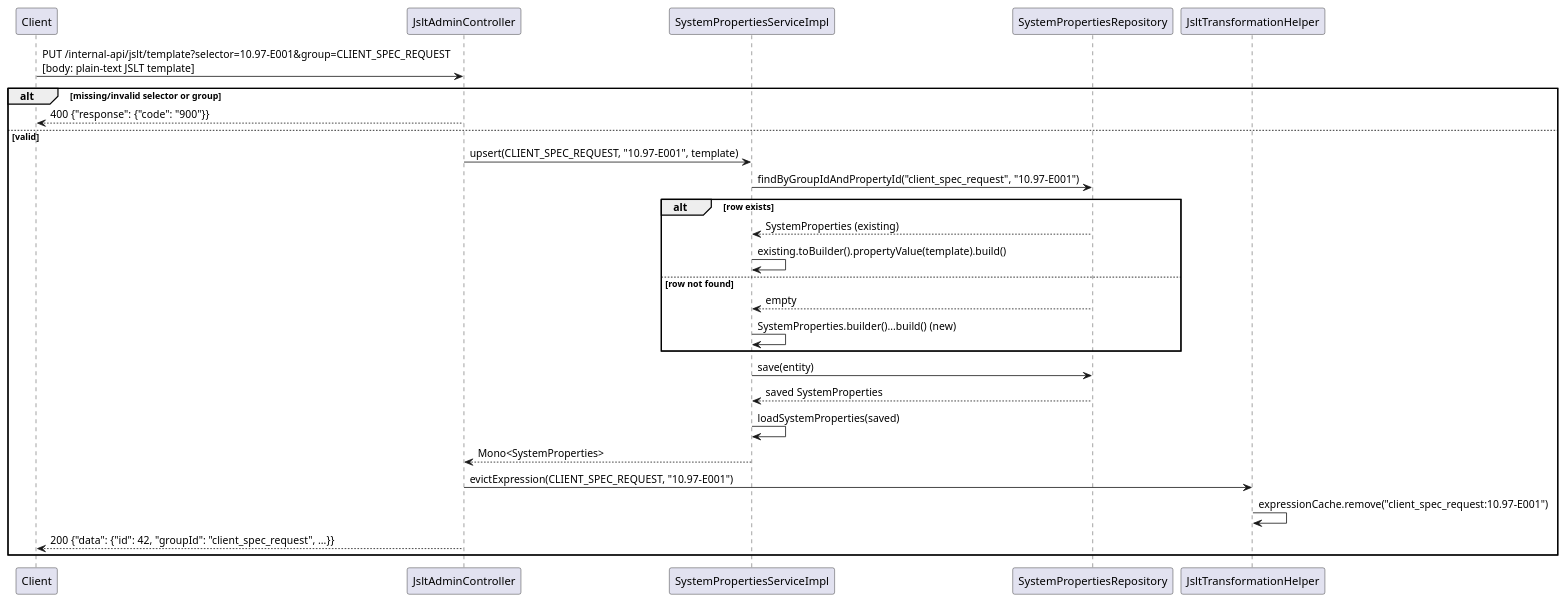
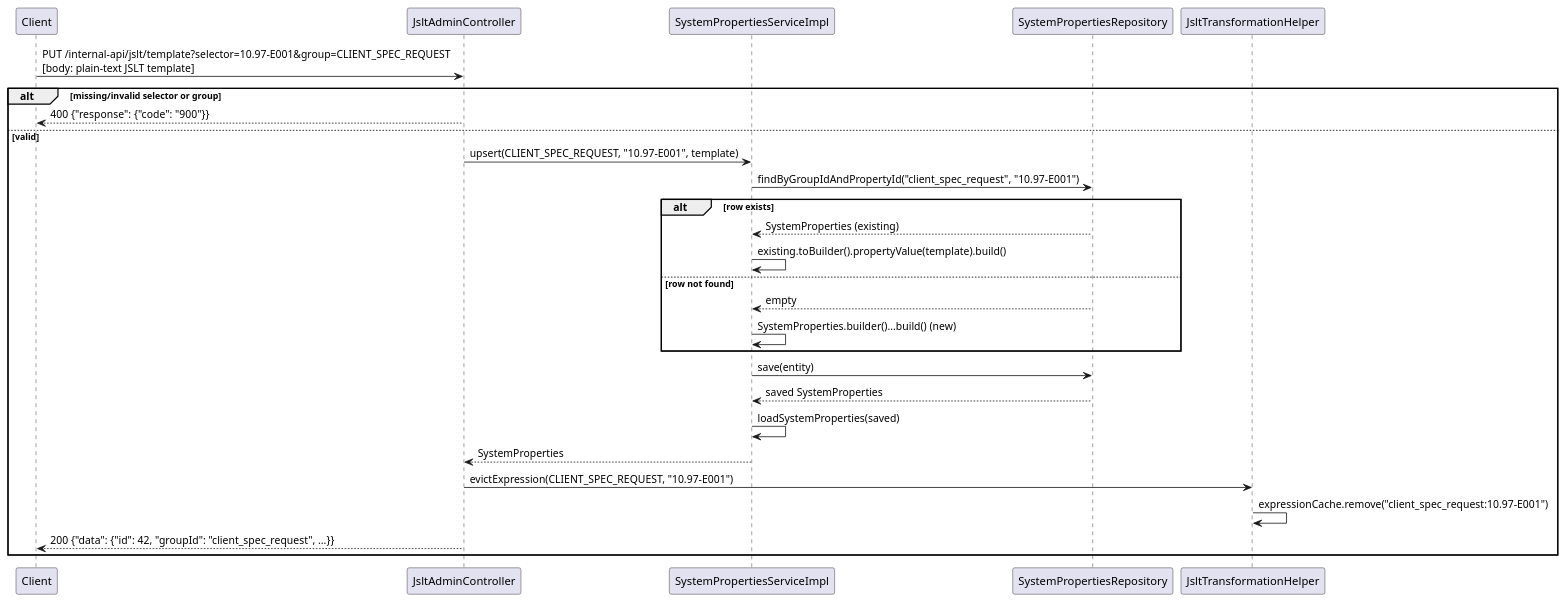
Before and after one commit to nantaaditya/sotres-boilerplate: diagram 14 of 14 in docs/api-reference.md, drawn with PlantUML. The commit also changed other lines of this file and 1 other file, not shown here.

````diff
--- a/docs/api-reference.md
+++ b/docs/api-reference.md
@@ -975,34 +981,34 @@
 ```plantuml
 @startuml
 participant Client
 participant "JsltAdminController" as Controller
 participant "SystemPropertiesServiceImpl" as Service
 participant "SystemPropertiesRepository" as Repo
 participant "JsltTransformationHelper" as Helper
 
 Client -> Controller : PUT /internal-api/jslt/template?selector=10.97-E001&group=CLIENT_SPEC_REQUEST\n[body: plain-text JSLT template]
 
 alt missing/invalid selector or group
     Controller --> Client : 400 {"response": {"code": "900"}}
 else valid
     Controller -> Service : upsert(CLIENT_SPEC_REQUEST, "10.97-E001", template)
     Service -> Repo : findByGroupIdAndPropertyId("client_spec_request", "10.97-E001")
 
     alt row exists
         Repo --> Service : SystemProperties (existing)
         Service -> Service : existing.toBuilder().propertyValue(template).build()
     else row not found
         Repo --> Service : empty
         Service -> Service : SystemProperties.builder()...build() (new)
     end
 
     Service -> Repo : save(entity)
     Repo --> Service : saved SystemProperties
     Service -> Service : loadSystemProperties(saved)
-    Service --> Controller : Mono<SystemProperties>
+    Service --> Controller : SystemProperties
     Controller -> Helper : evictExpression(CLIENT_SPEC_REQUEST, "10.97-E001")
     Helper -> Helper : expressionCache.remove("client_spec_request:10.97-E001")
     Controller --> Client : 200 {"data": {"id": 42, "groupId": "client_spec_request", ...}}
 end
 @enduml
 ```
````
